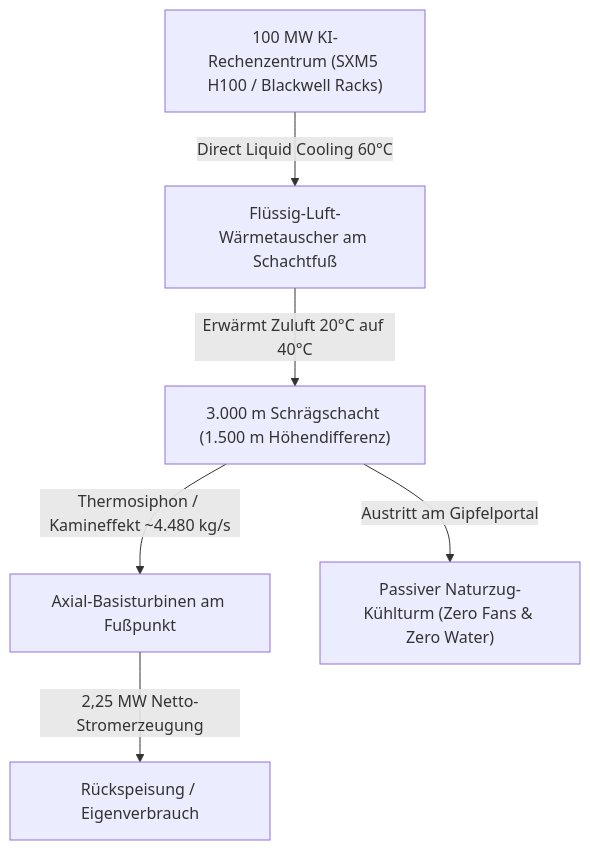
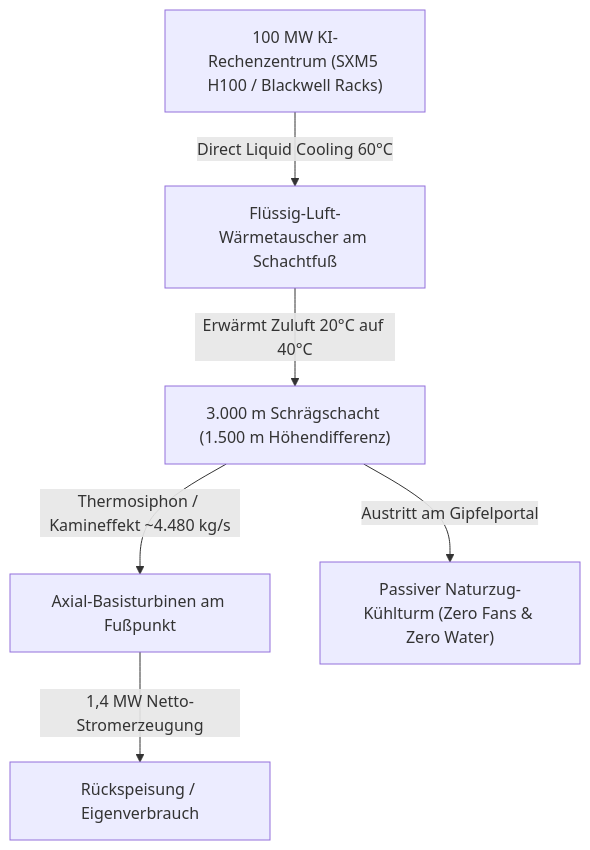
The diagram in paper_konzept.md (KienCD-hash/alpine-updraft-datacenter), drawn with Mermaid before and after one commit. The commit also changed other lines of this file and 6 other files, not shown here.

````diff
--- a/paper_konzept.md
+++ b/paper_konzept.md
@@ -31,8 +31,8 @@
 ```mermaid
 graph TD
     A["100 MW KI-Rechenzentrum (SXM5 H100 / Blackwell Racks)"] -->|Direct Liquid Cooling 60°C| B["Flüssig-Luft-Wärmetauscher am Schachtfuß"]
     B -->|Erwärmt Zuluft 20°C auf 40°C| C["3.000 m Schrägschacht (1.500 m Höhendifferenz)"]
     C -->|Thermosiphon / Kamineffekt ~4.480 kg/s| D["Axial-Basisturbinen am Fußpunkt"]
-    D -->|2,25 MW Netto-Stromerzeugung| E["Rückspeisung / Eigenverbrauch"]
+    D -->|1,4 MW Netto-Stromerzeugung| E["Rückspeisung / Eigenverbrauch"]
     C -->|Austritt am Gipfelportal| F["Passiver Naturzug-Kühlturm (Zero Fans & Zero Water)"]
 ```
````
